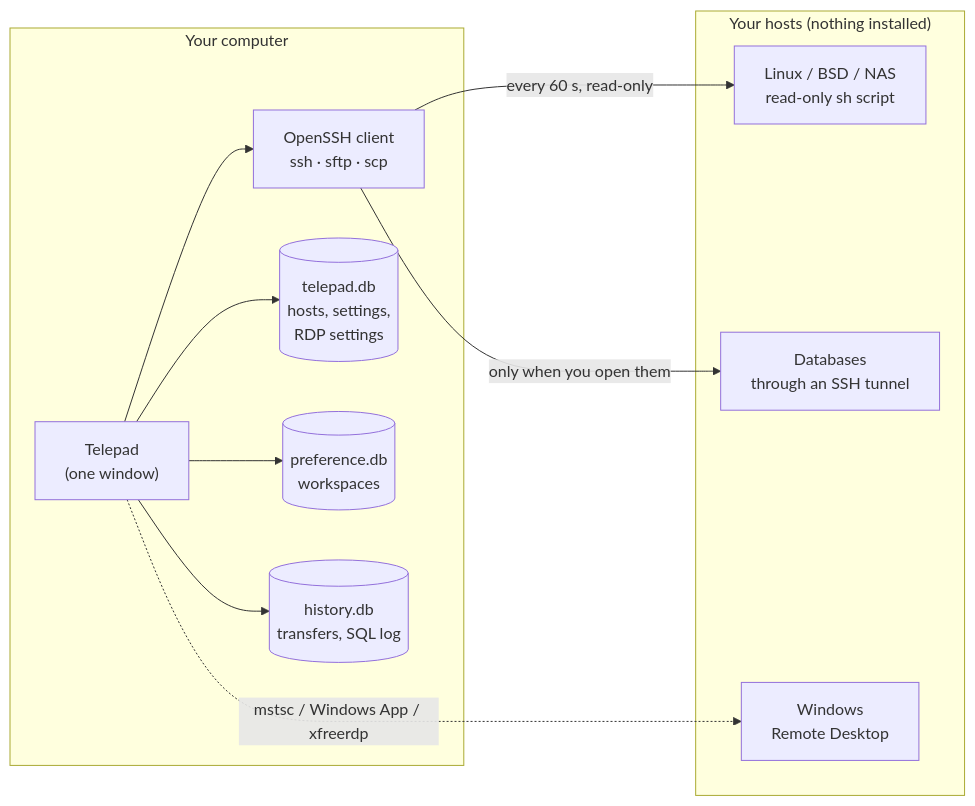
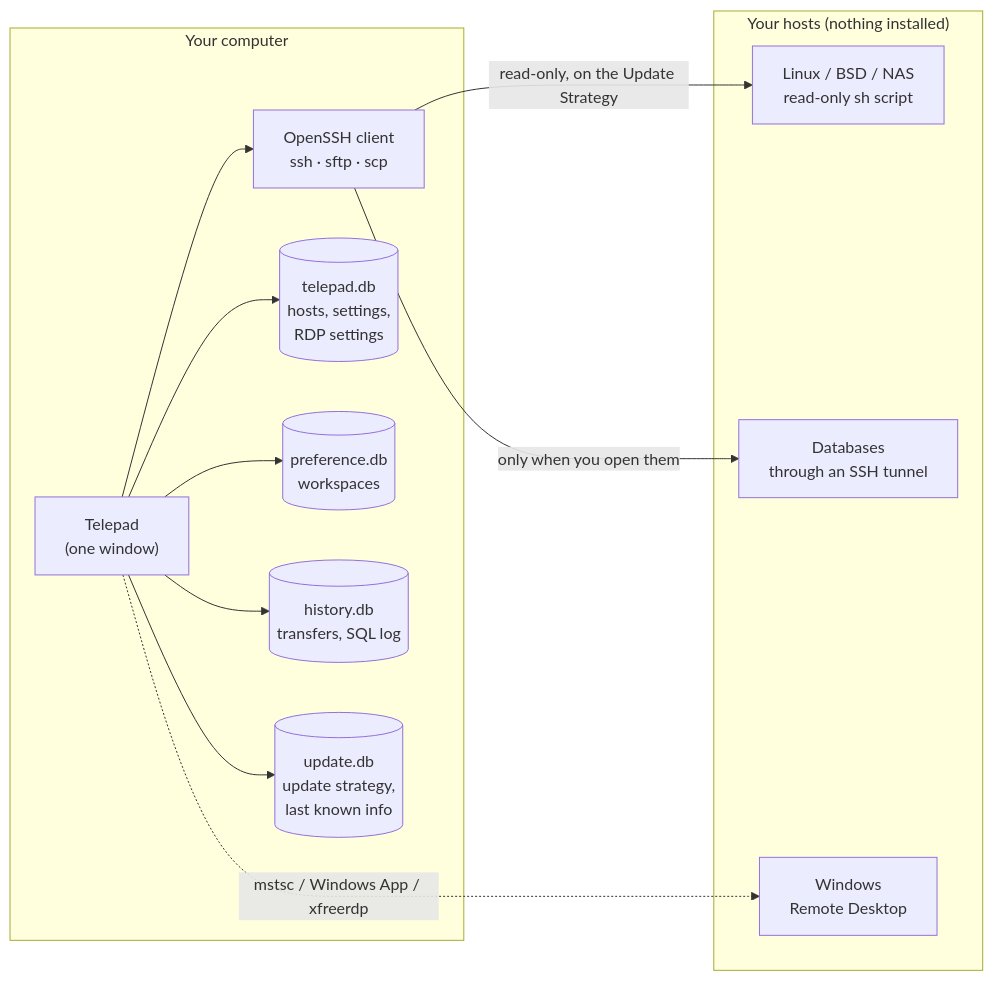
The diagram in README.md (yohannaftali/telepad), drawn with Mermaid before and after one commit. The commit also changed other lines of this file and 29 other files, not shown here.

````diff
--- a/README.md
+++ b/README.md
@@ -53,20 +53,21 @@
 ```mermaid
 flowchart LR
     subgraph pc["Your computer"]
         tp["Telepad<br/>(one window)"]
         ssh["OpenSSH client<br/>ssh · sftp · scp"]
         db1[("telepad.db<br/>hosts, settings,<br/>RDP settings")]
         db2[("preference.db<br/>workspaces")]
         db3[("history.db<br/>transfers, SQL log")]
-        tp --> db1 & db2 & db3
+        db4[("update.db<br/>update strategy,<br/>last known info")]
+        tp --> db1 & db2 & db3 & db4
         tp --> ssh
     end
     subgraph hosts["Your hosts (nothing installed)"]
         h1["Linux / BSD / NAS<br/>read-only sh script"]
         h2["Databases<br/>through an SSH tunnel"]
         h3["Windows<br/>Remote Desktop"]
     end
-    ssh -- "every 60 s, read-only" --> h1
+    ssh -- "read-only, on the Update Strategy" --> h1
     ssh -- "only when you open them" --> h2
     tp -. "mstsc / Windows App / xfreerdp" .-> h3
 ```
````
